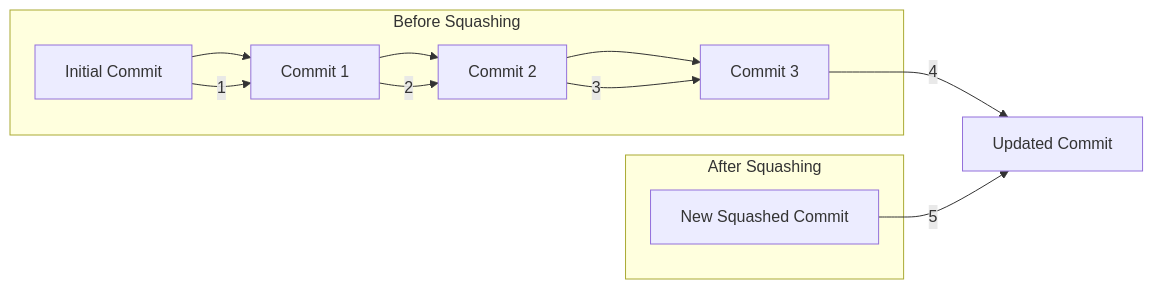
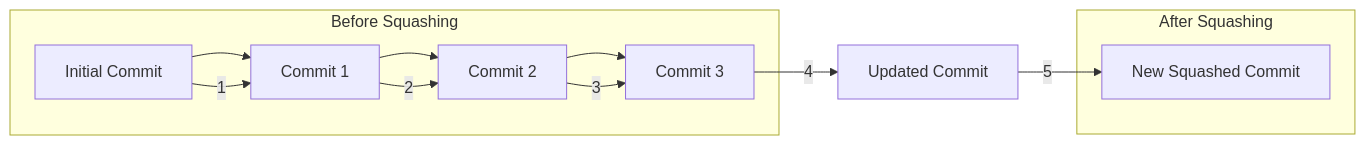
One commit to emmahone/Git-Good-Quick changed the eighth of 11 diagrams in README.md. Above: the diagram before and after it, drawn with Mermaid.

````diff
--- a/README.md
+++ b/README.md
@@ -158,19 +158,19 @@
 ```mermaid
 graph LR
     A[Initial Commit] --> B[Commit 1]
     B --> C[Commit 2]
     C --> D[Commit 3]
     
     subgraph Before Squashing
         A -->|1| B
         B -->|2| C
         C -->|3| D
     end
     
     subgraph After Squashing
         E[New Squashed Commit]
     end
     
-    D -->|4| F
-    E -->|5| F[Updated Commit]
+    D -->|4| F[Updated Commit]
+    F -->|5| E
 ```
````
